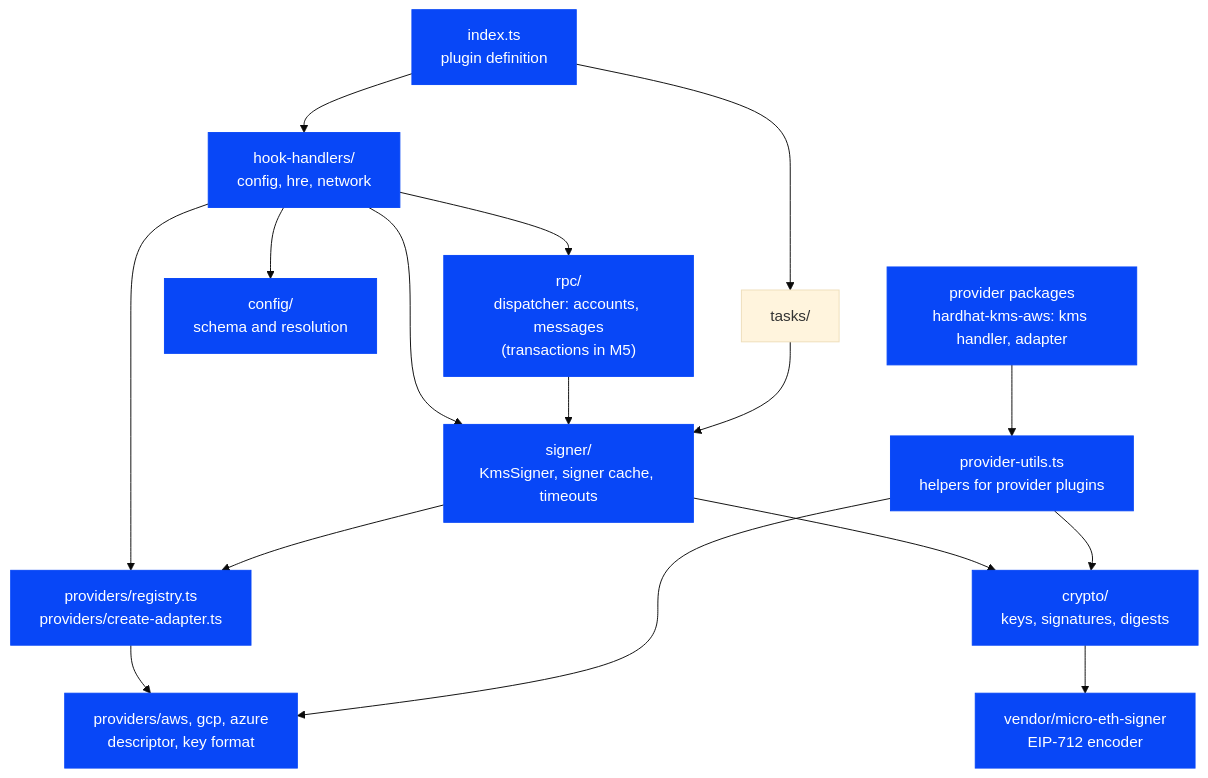
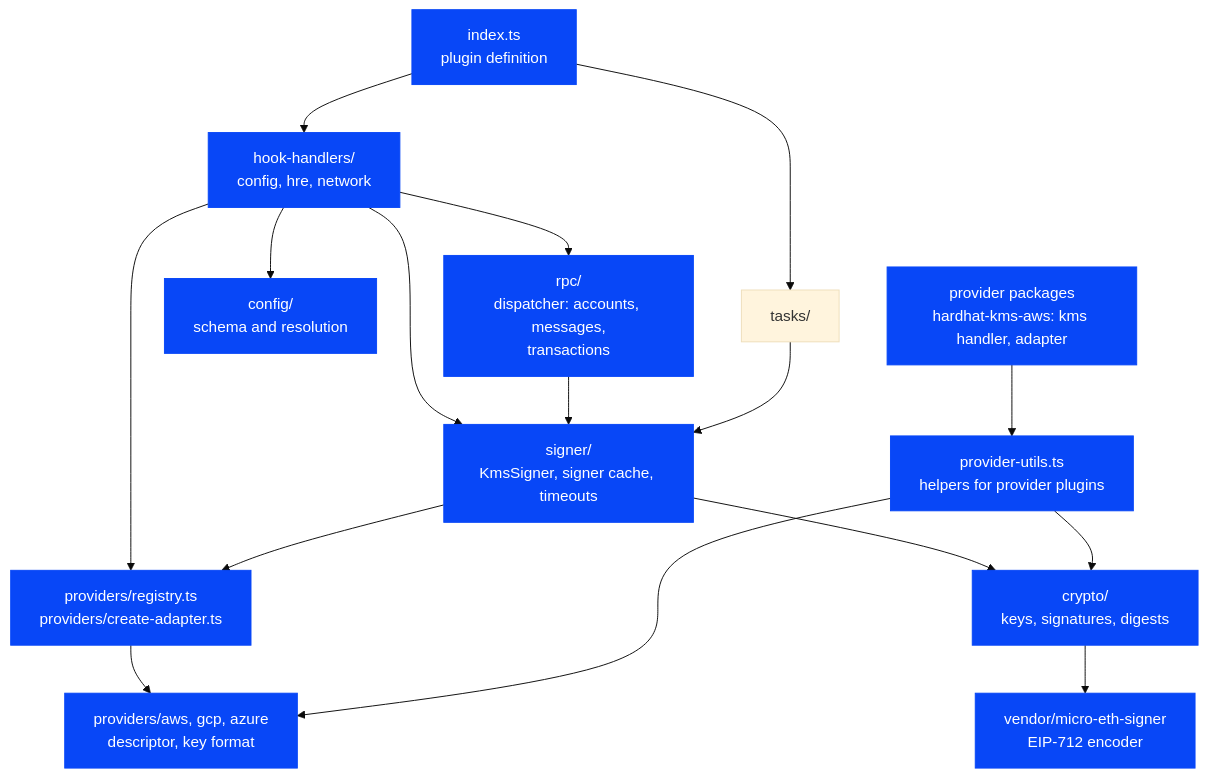
One commit to aelmanaa/hardhat-kms changed the first of 3 diagrams in docs/contributor/architecture.md. Above: the diagram before and after it, drawn with Mermaid (base theme). The commit also changed other lines of this file and 18 other files, not shown here.

First line of the commit message:
feat: sign transactions from KMS accounts (#117)

````diff
--- a/docs/contributor/architecture.md
+++ b/docs/contributor/architecture.md
@@ -11,20 +11,20 @@
 ```mermaid
 flowchart TD
   index["index.ts<br/>plugin definition"] --> hooks["hook-handlers/<br/>config, hre, network"]
   index --> tasks["tasks/"]
   hooks --> config["config/<br/>schema and resolution"]
   hooks --> registry["providers/registry.ts<br/>providers/create-adapter.ts"]
-  hooks --> rpc["rpc/<br/>dispatcher: accounts, messages<br/>(transactions in M5)"]
+  hooks --> rpc["rpc/<br/>dispatcher: accounts, messages,<br/>transactions"]
   hooks --> signer
   rpc --> signer["signer/<br/>KmsSigner, signer cache, timeouts"]
   signer --> registry
   tasks --> signer
   registry --> descriptors["providers/aws, gcp, azure<br/>descriptor, key format"]
   signer --> crypto["crypto/<br/>keys, signatures, digests"]
   packages["provider packages<br/>hardhat-kms-aws: kms handler, adapter"] --> utils["provider-utils.ts<br/>helpers for provider plugins"]
   utils --> crypto
   utils --> descriptors
   crypto --> vendor["vendor/micro-eth-signer<br/>EIP-712 encoder"]
   classDef done fill:#0847F7,color:#fff,stroke:#0847F7
   class index,hooks,rpc,crypto,signer,vendor,config,registry,descriptors,packages,utils done
 ```
````
